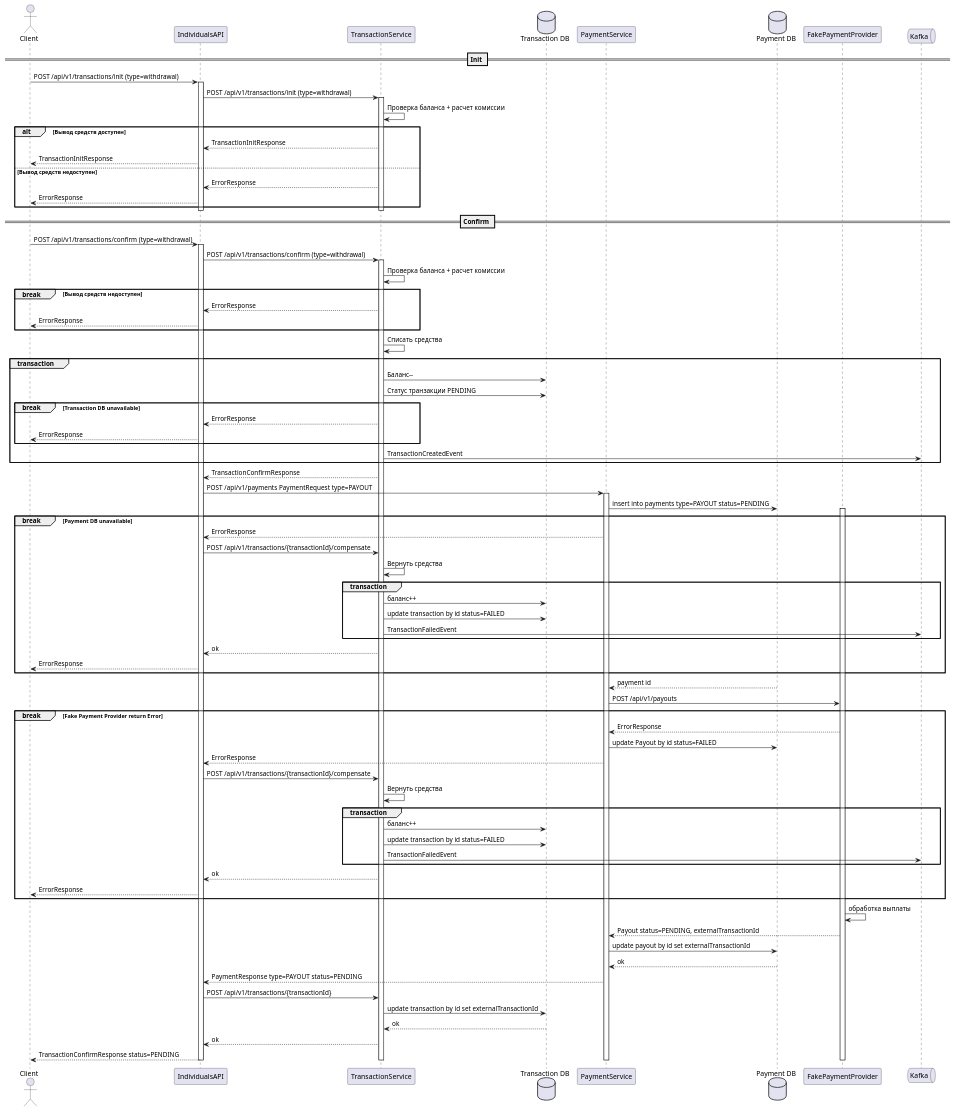
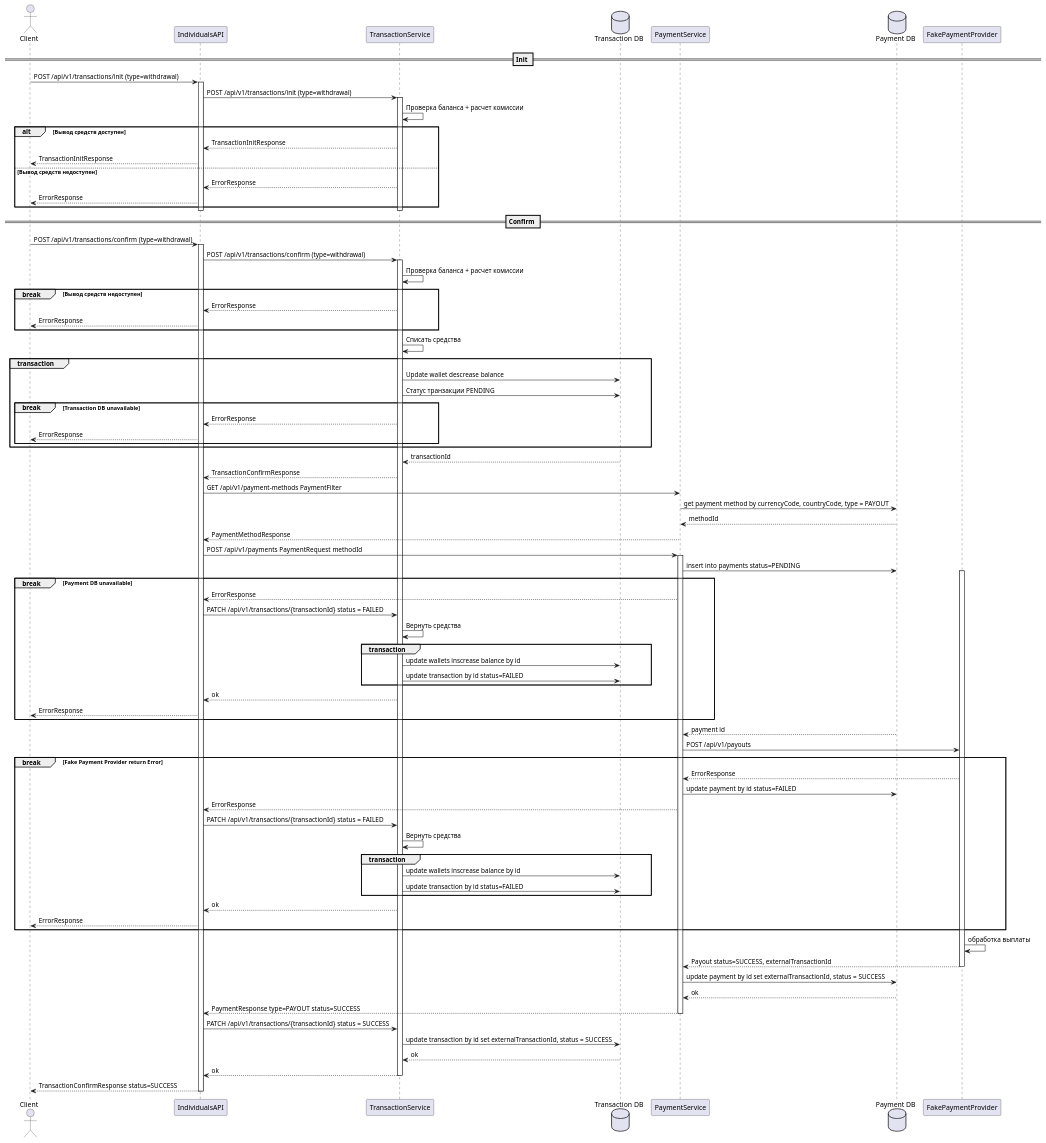
One commit to diamam90/payment-system changed the diagram in diagram/withdrawal.puml. Above: the diagram before and after it, drawn with PlantUML. The commit also changed 22 other files, not shown here.

Commit message:
Поправил диаграммы и удалил взаимодействие с кафкой

```diff
--- a/diagram/withdrawal.puml
+++ b/diagram/withdrawal.puml
@@ -1,99 +1,98 @@
 @startuml
 actor Client
 participant IndividualsAPI
 participant TransactionService
 database tsDb as "Transaction DB"
 participant PaymentService
 database psDb as "Payment DB"
 participant fpp as "FakePaymentProvider"
-
-queue Kafka
 
 == Init ==
 
 Client -> IndividualsAPI: POST /api/v1/transactions/init (type=withdrawal)
 activate IndividualsAPI
     IndividualsAPI -> TransactionService: POST /api/v1/transactions/init (type=withdrawal)
     activate TransactionService
         TransactionService -> TransactionService: Проверка баланса + расчет комиссии
         alt Вывод средств доступен
             TransactionService --> IndividualsAPI: TransactionInitResponse
             IndividualsAPI --> Client: TransactionInitResponse
         else Вывод средств недоступен
             TransactionService --> IndividualsAPI: ErrorResponse
             IndividualsAPI --> Client: ErrorResponse
         end
     deactivate TransactionService
 deactivate IndividualsAPI
 
 == Confirm ==
 
 Client -> IndividualsAPI: POST /api/v1/transactions/confirm (type=withdrawal)
 activate IndividualsAPI
     IndividualsAPI -> TransactionService: POST /api/v1/transactions/confirm (type=withdrawal)
     activate TransactionService
         TransactionService -> TransactionService: Проверка баланса + расчет комиссии
         break Вывод средств недоступен
             TransactionService --> IndividualsAPI: ErrorResponse
             IndividualsAPI --> Client: ErrorResponse
         end
         TransactionService -> TransactionService: Списать средства
         group transaction
-            TransactionService -> tsDb: Баланс--
+            TransactionService -> tsDb: Update wallet descrease balance
             TransactionService -> tsDb: Статус транзакции PENDING
-                break Transaction DB unavailable
-                    TransactionService --> IndividualsAPI: ErrorResponse
+            break Transaction DB unavailable
+                TransactionService --> IndividualsAPI: ErrorResponse
+                IndividualsAPI --> Client: ErrorResponse
+            end
+        end
+        tsDb --> TransactionService: transactionId
+        TransactionService --> IndividualsAPI: TransactionConfirmResponse
+        IndividualsAPI -> PaymentService: GET /api/v1/payment-methods PaymentFilter
+        PaymentService -> psDb: get payment method by currencyCode, countryCode, type = PAYOUT
+        psDb --> PaymentService: methodId
+        PaymentService --> IndividualsAPI: PaymentMethodResponse
+        IndividualsAPI -> PaymentService: POST /api/v1/payments PaymentRequest  methodId
+        activate PaymentService
+            PaymentService -> psDb: insert into payments status=PENDING
+            activate fpp
+                break Payment DB unavailable
+                    PaymentService --> IndividualsAPI: ErrorResponse
+                    IndividualsAPI -> TransactionService: PATCH /api/v1/transactions/{transactionId} status = FAILED
+                    TransactionService -> TransactionService: Вернуть средства
+                    group transaction
+                        TransactionService -> tsDb: update wallets inscrease balance by id
+                        TransactionService -> tsDb: update transaction by id status=FAILED
+                    end
+                    TransactionService --> IndividualsAPI: ok
                     IndividualsAPI --> Client: ErrorResponse
                 end
-            TransactionService -> Kafka: TransactionCreatedEvent
-        end
-        TransactionService --> IndividualsAPI: TransactionConfirmResponse
-        IndividualsAPI -> PaymentService: POST /api/v1/payments PaymentRequest type=PAYOUT
-        activate PaymentService
-            PaymentService -> psDb: insert into payments type=PAYOUT status=PENDING
-
-                activate fpp
-                    break Payment DB unavailable
-                        PaymentService --> IndividualsAPI: ErrorResponse
-                        IndividualsAPI -> TransactionService: POST /api/v1/transactions/{transactionId}/compensate
-                        TransactionService -> TransactionService: Вернуть средства
-                        group transaction
-                            TransactionService -> tsDb: баланс++
-                            TransactionService -> tsDb: update transaction by id status=FAILED
-                            TransactionService -> Kafka: TransactionFailedEvent
-                        end
-                        TransactionService --> IndividualsAPI: ok
-                        IndividualsAPI --> Client: ErrorResponse
+                psDb --> PaymentService: payment id
+                PaymentService -> fpp: POST /api/v1/payouts
+                break Fake Payment Provider return Error
+                    fpp --> PaymentService: ErrorResponse
+                    PaymentService -> psDb: update payment by id status=FAILED
+                    PaymentService --> IndividualsAPI: ErrorResponse
+                    IndividualsAPI -> TransactionService: PATCH /api/v1/transactions/{transactionId} status = FAILED
+                    TransactionService -> TransactionService: Вернуть средства
+                    group transaction
+                        TransactionService -> tsDb: update wallets inscrease balance by id
+                        TransactionService -> tsDb: update transaction by id status=FAILED
                     end
-                    psDb --> PaymentService: payment id
-                    PaymentService -> fpp: POST /api/v1/payouts
-                    break Fake Payment Provider return Error
-                        fpp --> PaymentService: ErrorResponse
-                        PaymentService -> psDb: update Payout by id status=FAILED
-                        PaymentService --> IndividualsAPI: ErrorResponse
-                        IndividualsAPI -> TransactionService: POST /api/v1/transactions/{transactionId}/compensate
-                        TransactionService -> TransactionService: Вернуть средства
-                        group transaction
-                            TransactionService -> tsDb: баланс++
-                            TransactionService -> tsDb: update transaction by id status=FAILED
-                            TransactionService -> Kafka: TransactionFailedEvent
-                        end
-                        TransactionService --> IndividualsAPI: ok
-                        IndividualsAPI --> Client: ErrorResponse
-                    end
-                        fpp -> fpp: обработка выплаты
-                        fpp --> PaymentService: Payout status=PENDING, externalTransactionId
-                        PaymentService -> psDb: update payout by id set externalTransactionId
-                        psDb --> PaymentService: ok
-                        PaymentService --> IndividualsAPI: PaymentResponse type=PAYOUT status=PENDING
-                        IndividualsAPI -> TransactionService: POST /api/v1/transactions/{transactionId}
-                        TransactionService -> tsDb: update transaction by id set externalTransactionId
-                        tsDb --> TransactionService: ok
-                        TransactionService --> IndividualsAPI: ok
-                        IndividualsAPI --> Client: TransactionConfirmResponse status=PENDING
-                deactivate fpp
+                    TransactionService --> IndividualsAPI: ok
+                    IndividualsAPI --> Client: ErrorResponse
+                end
+                fpp -> fpp: обработка выплаты
+                fpp --> PaymentService: Payout status=SUCCESS, externalTransactionId
+            deactivate fpp
+            PaymentService -> psDb: update payment by id set externalTransactionId, status = SUCCESS
+            psDb --> PaymentService: ok
+            PaymentService --> IndividualsAPI: PaymentResponse type=PAYOUT status=SUCCESS
         deactivate PaymentService
+        IndividualsAPI -> TransactionService: PATCH /api/v1/transactions/{transactionId} status = SUCCESS
+        TransactionService -> tsDb: update transaction by id set externalTransactionId, status = SUCCESS
+        tsDb --> TransactionService: ok
+        TransactionService --> IndividualsAPI: ok
     deactivate TransactionService
+    IndividualsAPI --> Client: TransactionConfirmResponse status=SUCCESS
 deactivate IndividualsAPI
 
 @enduml
```
